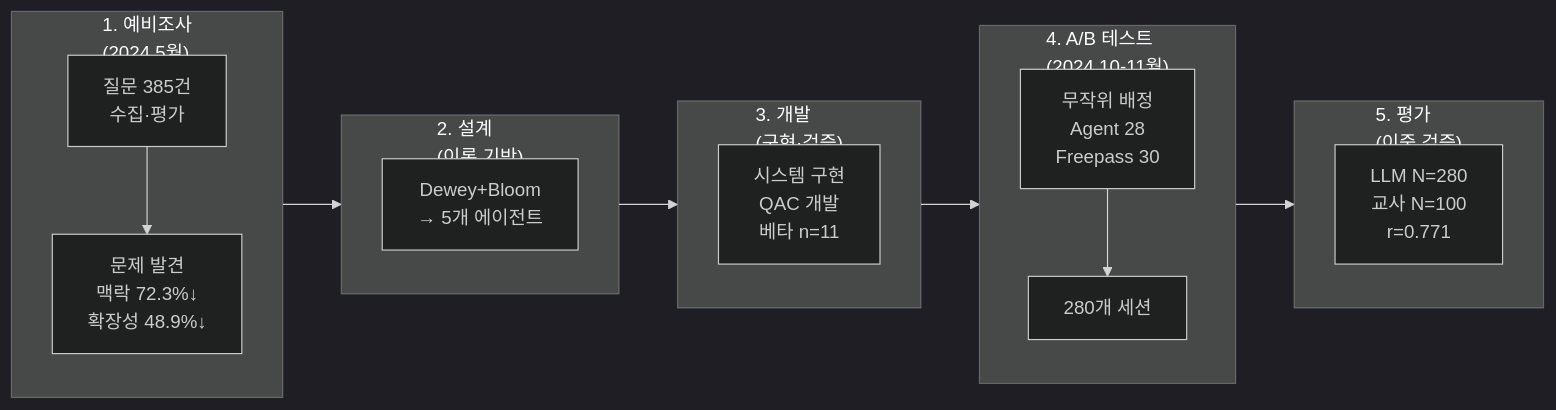
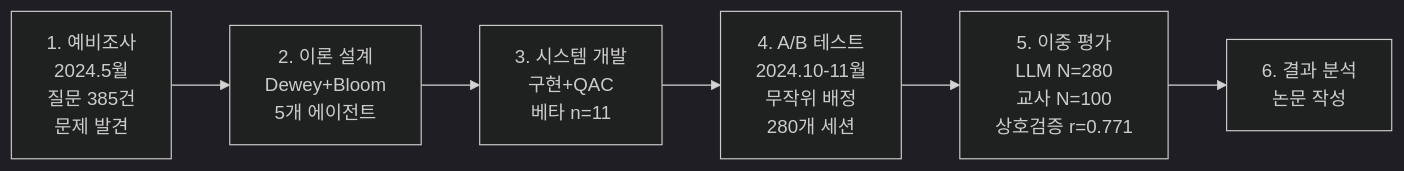
Before and after one commit to KimKyuBong/maice-paper-deploy: the second of 2 diagrams in docs/chapters/01-introduction.md, drawn with Mermaid (dark theme).

Commit message:
그림 1-2 연구 진행 절차 간결화
문제:
- subgraph 너무 많아서 복잡함
- 가독성 떨어짐

수정:
- subgraph 제거, 단순 박스로 변경
- 6단계를 각각 박스로 명확히 표현
- 핵심 정보만 포함 (기간, 표본, 주요 지표)
- 가로 흐름으로 간결하게

그림 1-1은 유지!

````diff
--- a/docs/chapters/01-introduction.md
+++ b/docs/chapters/01-introduction.md
@@ -201,29 +201,12 @@
 ```mermaid
 flowchart LR
-    subgraph S1["1. 예비조사<br/>(2024.5월)"]
-        A1["질문 385건<br/>수집·평가"]
-        A2["문제 발견<br/>맥락 72.3%↓<br/>확장성 48.9%↓"]
-    end
+    A["1. 예비조사<br/>2024.5월<br/>질문 385건<br/>문제 발견"] --> B["2. 이론 설계<br/>Dewey+Bloom<br/>5개 에이전트"]
     
-    subgraph S2["2. 설계<br/>(이론 기반)"]
-        B1["Dewey+Bloom<br/>→ 5개 에이전트"]
-    end
+    B --> C["3. 시스템 개발<br/>구현+QAC<br/>베타 n=11"]
     
-    subgraph S3["3. 개발<br/>(구현·검증)"]
-        C1["시스템 구현<br/>QAC 개발<br/>베타 n=11"]
-    end
+    C --> D["4. A/B 테스트<br/>2024.10-11월<br/>무작위 배정<br/>280개 세션"]
     
-    subgraph S4["4. A/B 테스트<br/>(2024.10-11월)"]
-        D1["무작위 배정<br/>Agent 28<br/>Freepass 30"]
-        D2["280개 세션"]
-    end
+    D --> E["5. 이중 평가<br/>LLM N=280<br/>교사 N=100<br/>상호검증 r=0.771"]
     
-    subgraph S5["5. 평가<br/>(이중 검증)"]
-        E1["LLM N=280<br/>교사 N=100<br/>r=0.771"]
-    end
-    
-    S1 --> S2 --> S3 --> S4 --> S5
-    
-    A1 --> A2
-    D1 --> D2
+    E --> F["6. 결과 분석<br/>논문 작성"]
 ```
````
